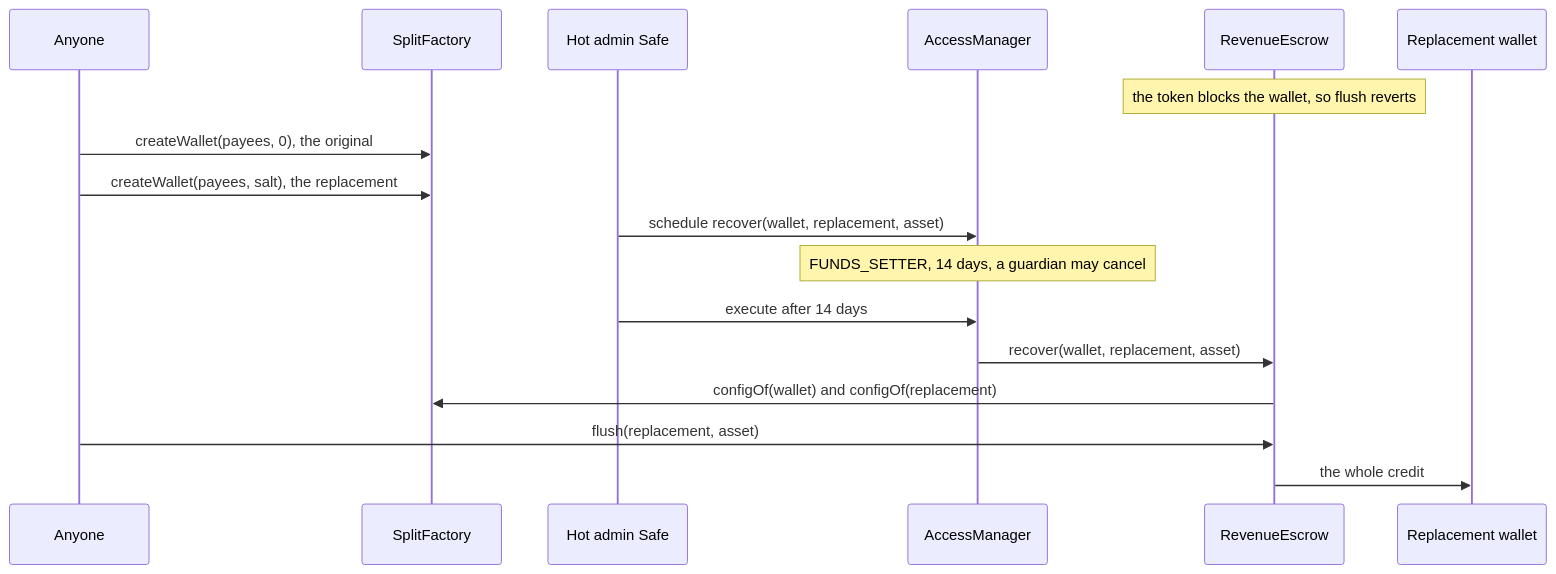
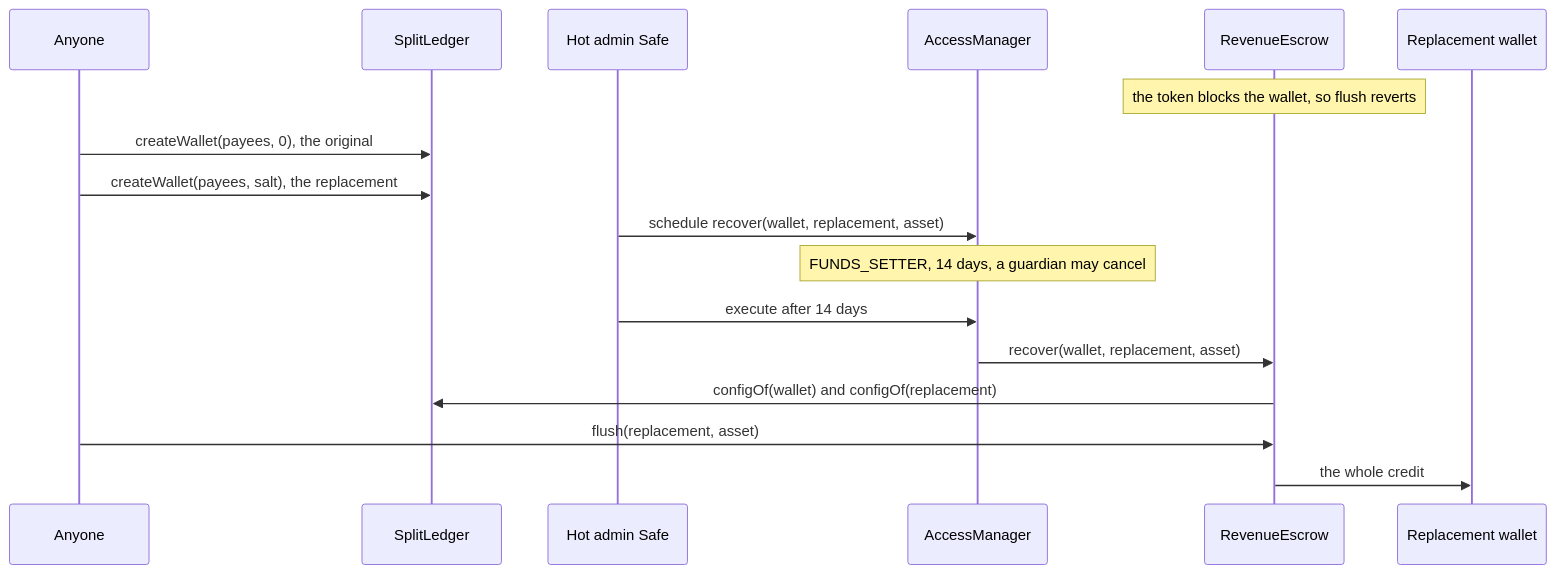
The seventh of 8 diagrams in docs/spec/economics-and-payouts.md (6529-Collections/6529-works), drawn with Mermaid before and after one commit. The commit also changed other lines of this file and 369 other files, not shown here.

````diff
--- a/docs/spec/economics-and-payouts.md
+++ b/docs/spec/economics-and-payouts.md
@@ -447,19 +539,19 @@
 ```mermaid
 sequenceDiagram
     participant Anyone as Anyone
-    participant Factory as SplitFactory
+    participant Ledger as SplitLedger
     participant Admin as Hot admin Safe
     participant Manager as AccessManager
     participant Escrow as RevenueEscrow
     participant New as Replacement wallet
     Note over Escrow: the token blocks the wallet, so flush reverts
-    Anyone->>Factory: createWallet(payees, 0), the original
-    Anyone->>Factory: createWallet(payees, salt), the replacement
+    Anyone->>Ledger: createWallet(payees, 0), the original
+    Anyone->>Ledger: createWallet(payees, salt), the replacement
     Admin->>Manager: schedule recover(wallet, replacement, asset)
     Note over Manager: FUNDS_SETTER, 14 days, a guardian may cancel
     Admin->>Manager: execute after 14 days
     Manager->>Escrow: recover(wallet, replacement, asset)
-    Escrow->>Factory: configOf(wallet) and configOf(replacement)
+    Escrow->>Ledger: configOf(wallet) and configOf(replacement)
     Anyone->>Escrow: flush(replacement, asset)
     Escrow->>New: the whole credit
 ```
````
